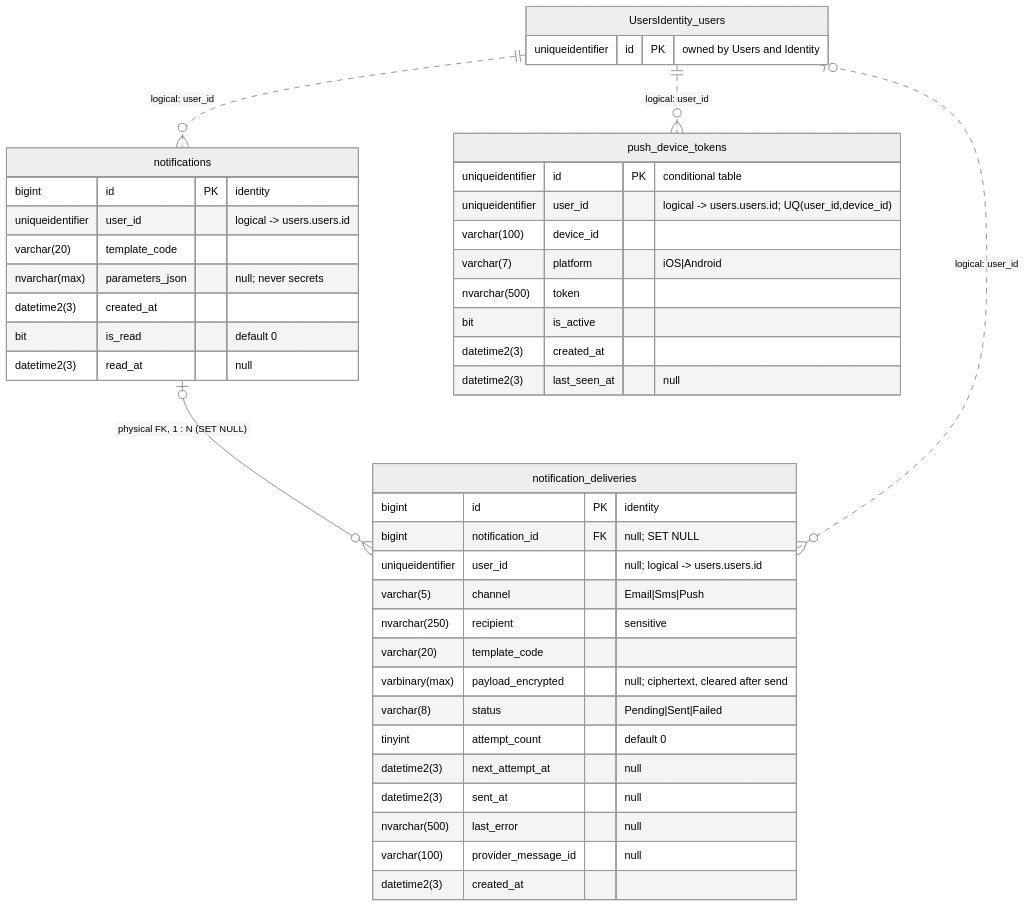
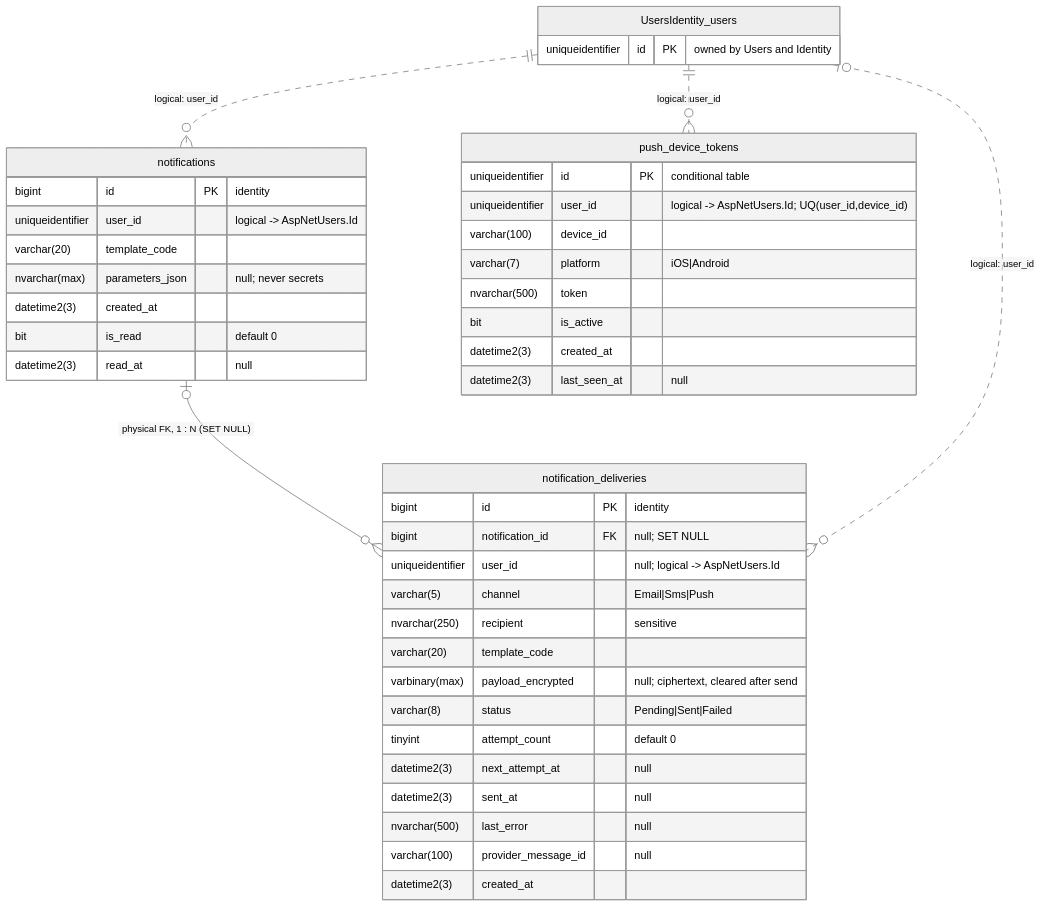
The sixth of 10 diagrams in docs/database/erd.md (DohaTammam/Ilmi-Project), drawn with Mermaid (neutral theme) before and after one commit. The commit also changed other lines of this file and 122 other files, not shown here.

````diff
--- a/docs/database/erd.md
+++ b/docs/database/erd.md
@@ -294,46 +352,46 @@
 ```mermaid
 erDiagram
   notifications |o--o{ notification_deliveries : "physical FK, 1 : N (SET NULL)"
   UsersIdentity_users ||..o{ notifications : "logical: user_id"
   UsersIdentity_users |o..o{ notification_deliveries : "logical: user_id"
   UsersIdentity_users ||..o{ push_device_tokens : "logical: user_id"
 
   UsersIdentity_users {
     uniqueidentifier id PK "owned by Users and Identity"
   }
   notifications {
     bigint id PK "identity"
-    uniqueidentifier user_id "logical -> users.users.id"
+    uniqueidentifier user_id "logical -> AspNetUsers.Id"
     varchar(20) template_code
     nvarchar(max) parameters_json "null; never secrets"
     datetime2(3) created_at
     bit is_read "default 0"
     datetime2(3) read_at "null"
   }
   notification_deliveries {
     bigint id PK "identity"
     bigint notification_id FK "null; SET NULL"
-    uniqueidentifier user_id "null; logical -> users.users.id"
+    uniqueidentifier user_id "null; logical -> AspNetUsers.Id"
     varchar(5) channel "Email|Sms|Push"
     nvarchar(250) recipient "sensitive"
     varchar(20) template_code
     varbinary(max) payload_encrypted "null; ciphertext, cleared after send"
     varchar(8) status "Pending|Sent|Failed"
     tinyint attempt_count "default 0"
     datetime2(3) next_attempt_at "null"
     datetime2(3) sent_at "null"
     nvarchar(500) last_error "null"
     varchar(100) provider_message_id "null"
     datetime2(3) created_at
   }
   push_device_tokens {
     uniqueidentifier id PK "conditional table"
-    uniqueidentifier user_id "logical -> users.users.id; UQ(user_id,device_id)"
+    uniqueidentifier user_id "logical -> AspNetUsers.Id; UQ(user_id,device_id)"
     varchar(100) device_id
     varchar(7) platform "iOS|Android"
     nvarchar(500) token
     bit is_active
     datetime2(3) created_at
     datetime2(3) last_seen_at "null"
   }
 ```
````
